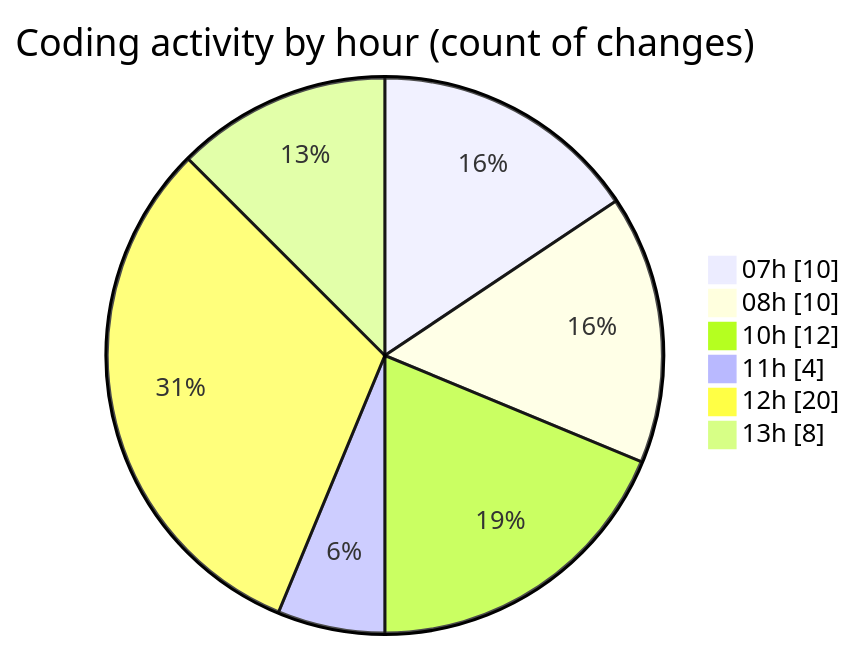
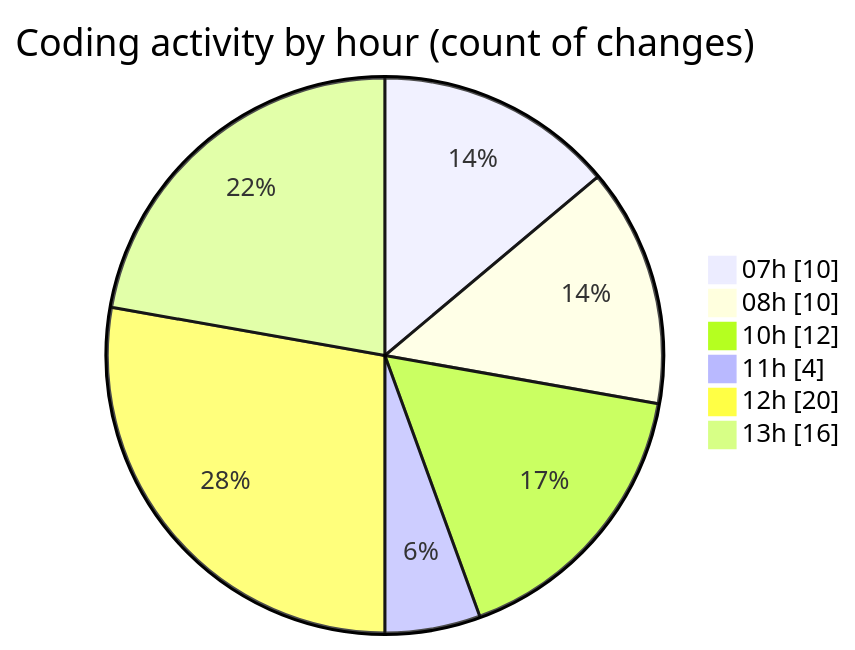
The second of 2 diagrams in 2026-02-08/singularitybrainai/README.md (tmsrecording-cyber/code-tracking), drawn with Mermaid before and after one commit. The commit also changed other lines of this file and 1 other file, not shown here.

````diff
--- a/2026-02-08/singularitybrainai/README.md
+++ b/2026-02-08/singularitybrainai/README.md
@@ -41,10 +44,10 @@
 ```mermaid
 pie showData
 title Coding activity by hour (count of changes)
 "07h" : 10
 "08h" : 10
 "10h" : 12
 "11h" : 4
 "12h" : 20
-"13h" : 8
+"13h" : 16
 ```
````
